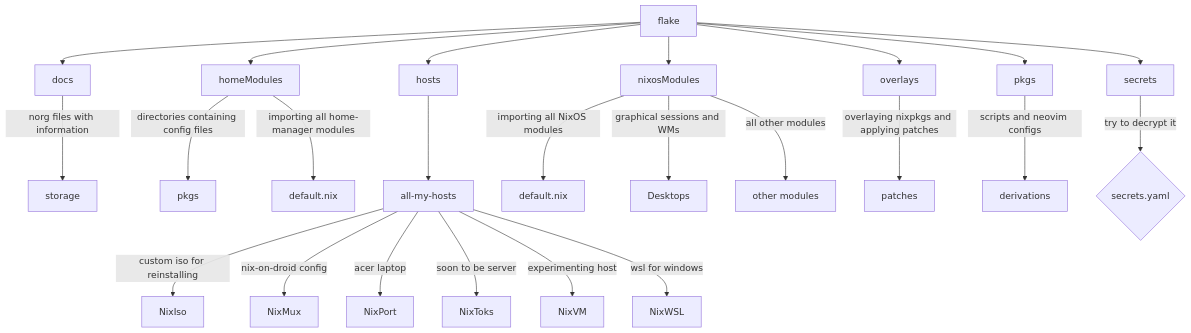
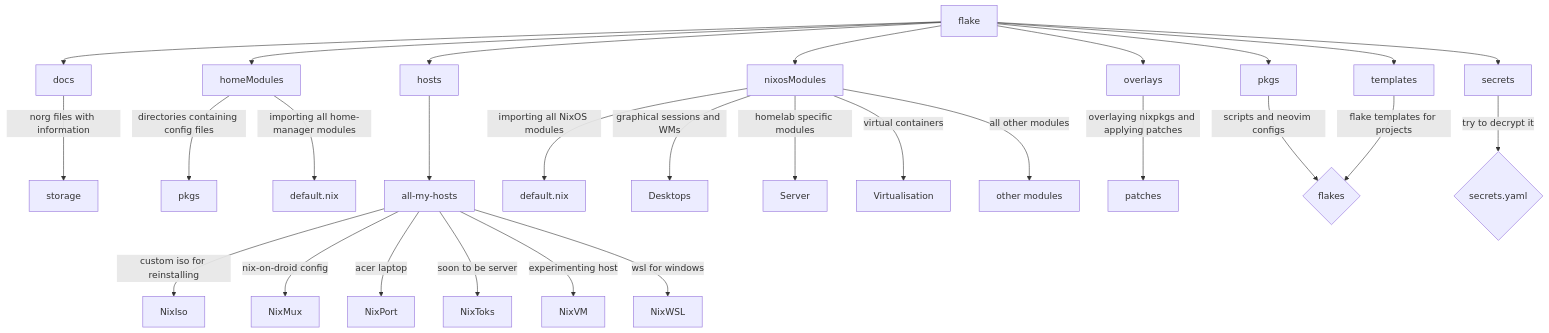
The diagram in README.md (Ladas552/Nix-Is-Unbreakable), drawn with Mermaid before and after one commit. The commit also changed 4 other files, not shown here.

````diff
--- a/README.md
+++ b/README.md
@@ -47,27 +47,31 @@
 ```mermaid
 flowchart TD
     flake[flake] --> A[docs]
     flake --> C[homeModules]
     flake --> F[hosts]
     flake --> N[nixosModules]
     flake --> R[overlays]
     flake --> T[pkgs]
     flake --> V[secrets]
+    flake --> Z[templates]
 
     A -->|norg files with information| B[storage]
     C -->|directories containing config files| D[pkgs]
     C -->|importing all home-manager modules| E[default.nix]
     F --> G[all-my-hosts]
     G -->|custom iso for reinstalling| H[NixIso]
     G -->|nix-on-droid config| I[NixMux]
     G -->|acer laptop| J[NixPort]
     G -->|soon to be server| K[NixToks]
     G -->|experimenting host| L[NixVM]
     G -->|wsl for windows| M[NixWSL]
     N -->|importing all NixOS modules| O[default.nix]
     N -->|graphical sessions and WMs| P[Desktops]
+    N -->|homelab specific modules| X[Server]
+    N -->|virtual containers| Y[Virtualisation]
     N -->|all other modules| Q[other modules]
     R -->|overlaying nixpkgs and applying patches| S[patches]
     T -->|scripts and neovim configs| U[derivations]
     V -->|try to decrypt it| W{secrets.yaml}
+    Z -->|flake templates for projects| U{flakes}
 ```
````
